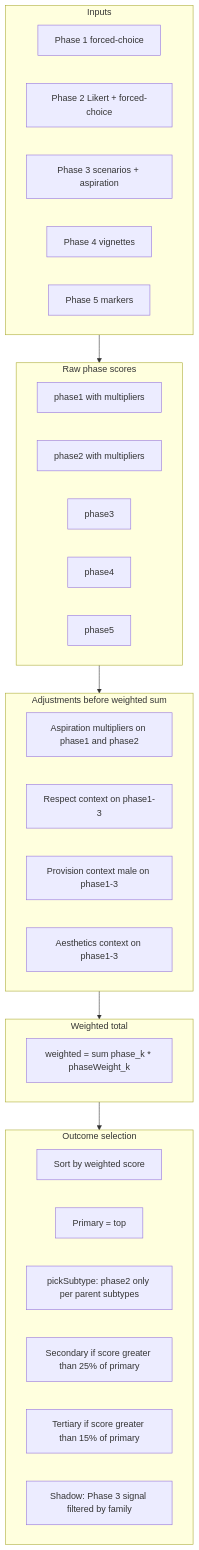
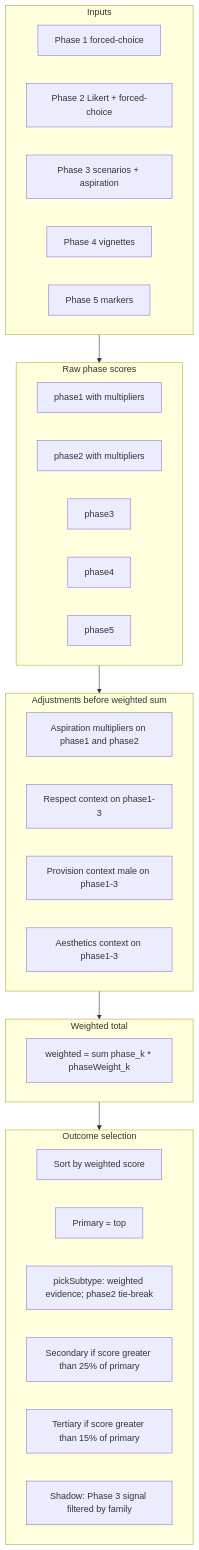
One commit to BeliefMastery/RedPillSMV changed the diagram in docs/ARCHETYPE_WEIGHTING_ASSESSMENT_AUDIT_PLAN.md. Above: the diagram before and after it, drawn with Mermaid. The commit also changed other lines of this file and 3 other files, not shown here.

````diff
--- a/docs/ARCHETYPE_WEIGHTING_ASSESSMENT_AUDIT_PLAN.md
+++ b/docs/ARCHETYPE_WEIGHTING_ASSESSMENT_AUDIT_PLAN.md
@@ -19,35 +19,35 @@
 ```mermaid
 flowchart TB
   subgraph inputs [Inputs]
     P1[Phase 1 forced-choice]
     P2[Phase 2 Likert + forced-choice]
     P3[Phase 3 scenarios + aspiration]
     P4[Phase 4 vignettes]
     P5[Phase 5 markers]
   end
   subgraph raw [Raw phase scores]
     S1[phase1 with multipliers]
     S2[phase2 with multipliers]
     S3[phase3]
     S4[phase4]
     S5[phase5]
   end
   subgraph adj [Adjustments before weighted sum]
     A1[Aspiration multipliers on phase1 and phase2]
     A2[Respect context on phase1-3]
     A3[Provision context male on phase1-3]
     A4[Aesthetics context on phase1-3]
   end
   subgraph combine [Weighted total]
     W[weighted = sum phase_k * phaseWeight_k]
   end
   subgraph pick [Outcome selection]
     R[Sort by weighted score]
     PR[Primary = top]
-    SUB[pickSubtype: phase2 only per parent subtypes]
+    SUB[pickSubtype: weighted evidence; phase2 tie-break]
     SEC[Secondary if score greater than 25% of primary]
     TER[Tertiary if score greater than 15% of primary]
     SH[Shadow: Phase 3 signal filtered by family]
   end
   inputs --> raw --> adj --> combine --> pick
 ```
````
